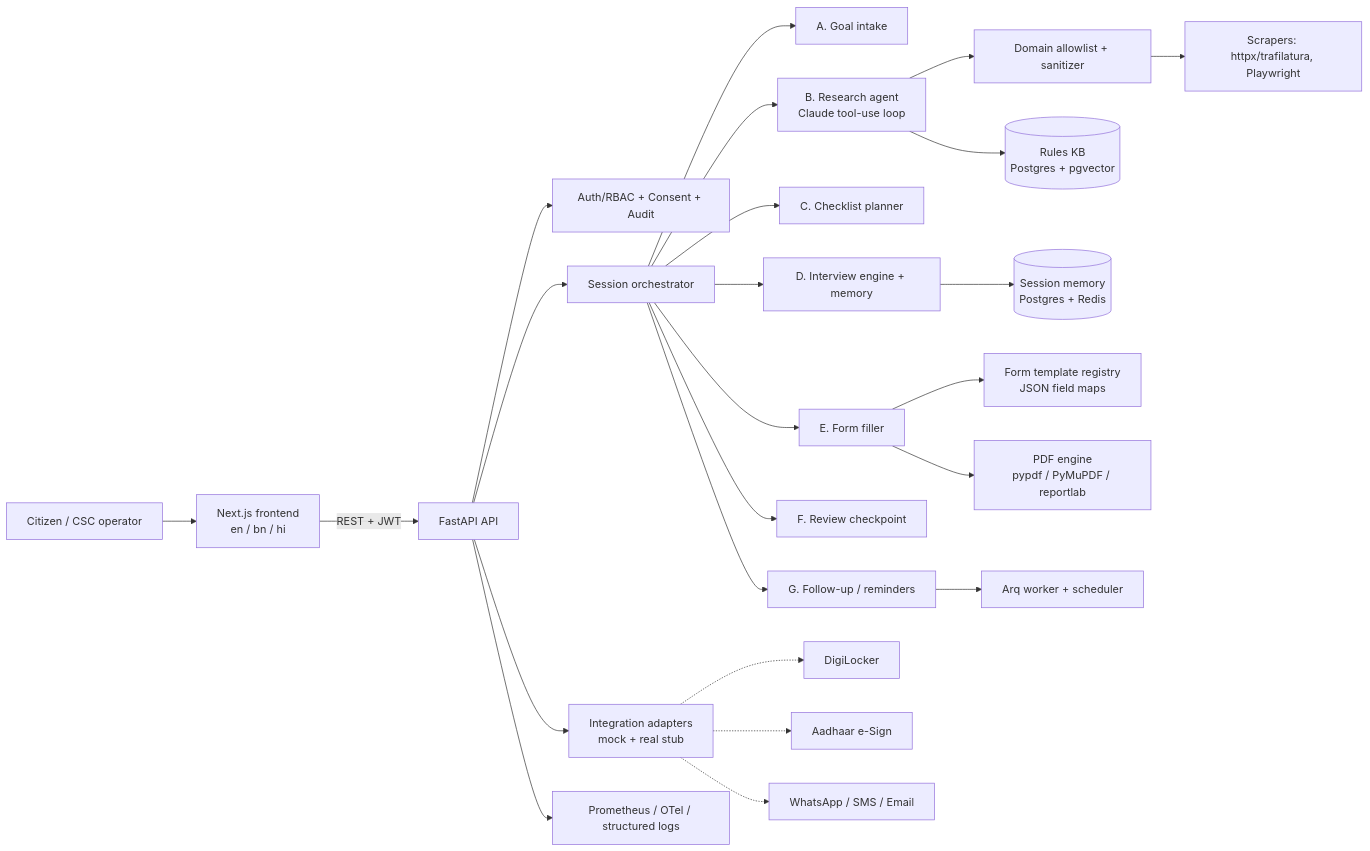
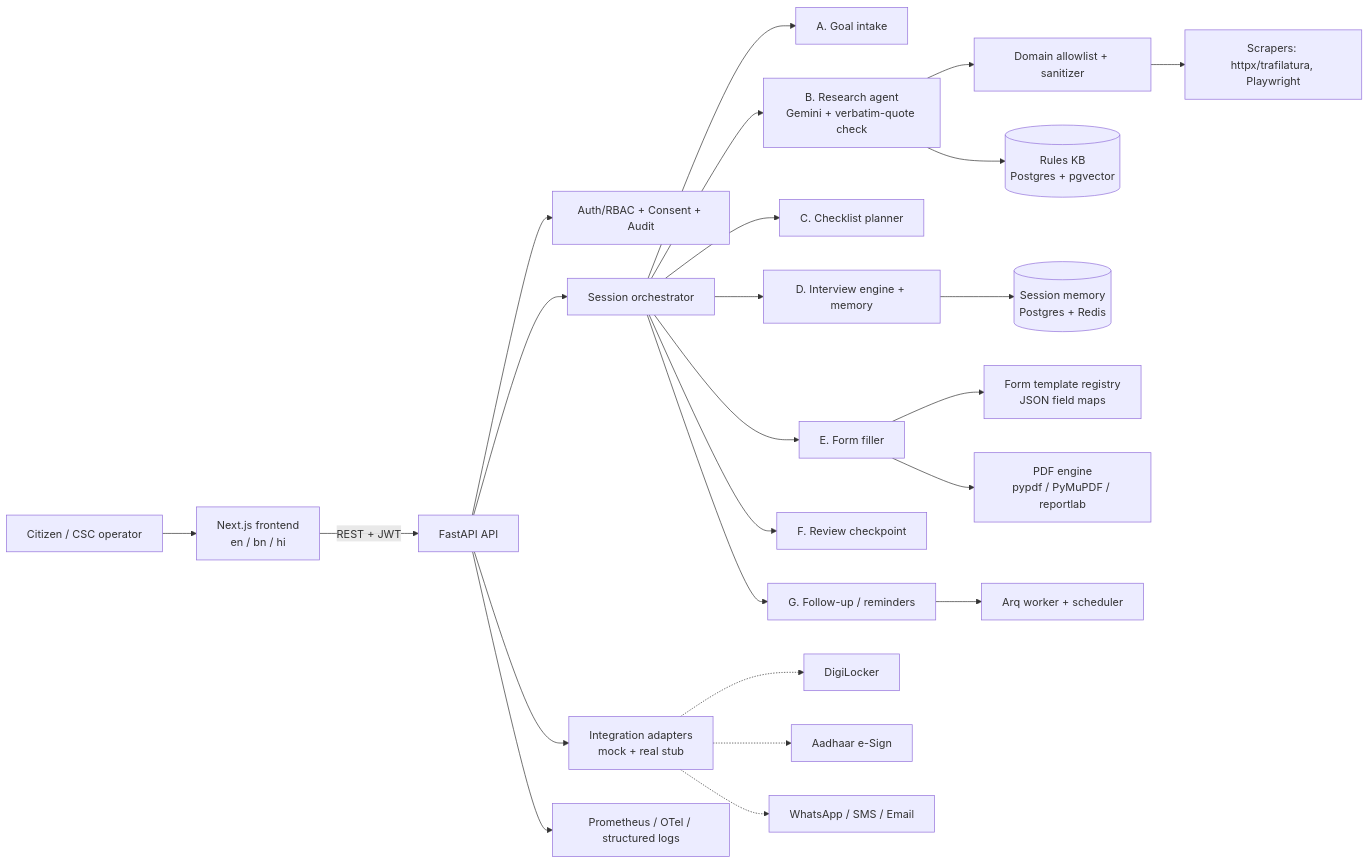
Before and after one commit to RajdipDhar2007/Red_Tape_Navigator: the first of 2 diagrams in docs/ARCHITECTURE.md, drawn with Mermaid. The commit also changed other lines of this file and 15 other files, not shown here.

````diff
--- a/docs/ARCHITECTURE.md
+++ b/docs/ARCHITECTURE.md
@@ -6,26 +6,26 @@
 ```mermaid
 flowchart LR
   U[Citizen / CSC operator] --> FE[Next.js frontend<br/>en / bn / hi]
   FE -->|REST + JWT| API[FastAPI API]
   API --> AUTH[Auth/RBAC + Consent + Audit]
   API --> ORCH[Session orchestrator]
   ORCH --> INTAKE[A. Goal intake]
-  ORCH --> RES[B. Research agent<br/>Claude tool-use loop]
+  ORCH --> RES[B. Research agent<br/>Gemini + verbatim-quote check]
   ORCH --> PLAN[C. Checklist planner]
   ORCH --> INT[D. Interview engine + memory]
   ORCH --> FILL[E. Form filler]
   ORCH --> REV[F. Review checkpoint]
   ORCH --> FUP[G. Follow-up / reminders]
   RES --> GUARD[Domain allowlist + sanitizer]
   GUARD --> SCR[Scrapers: httpx/trafilatura, Playwright]
   RES --> KB[(Rules KB<br/>Postgres + pgvector)]
   INT --> MEM[(Session memory<br/>Postgres + Redis)]
   FILL --> REG[Form template registry<br/>JSON field maps]
   FILL --> PDF[PDF engine<br/>pypdf / PyMuPDF / reportlab]
   FUP --> JOBS[Arq worker + scheduler]
   API --> INTEG[Integration adapters<br/>mock + real stub]
   INTEG -.-> DL[DigiLocker]
   INTEG -.-> ES[Aadhaar e-Sign]
   INTEG -.-> WA[WhatsApp / SMS / Email]
   API --> OBS[Prometheus / OTel / structured logs]
 ```
````
